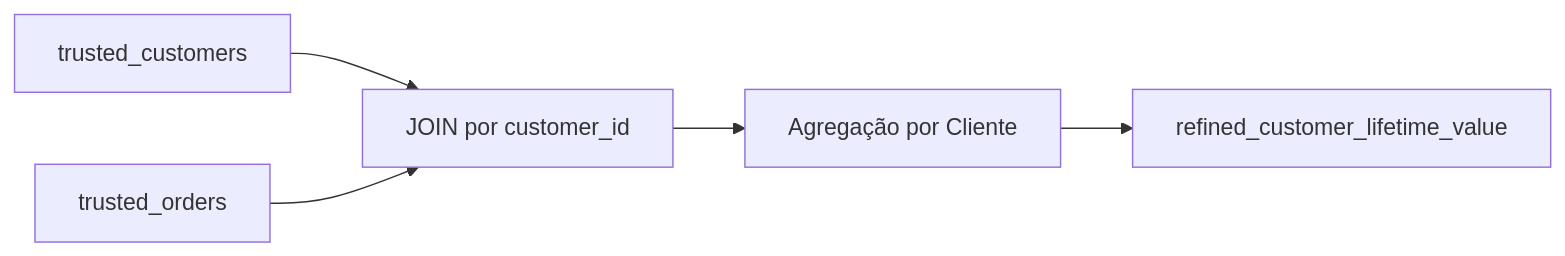
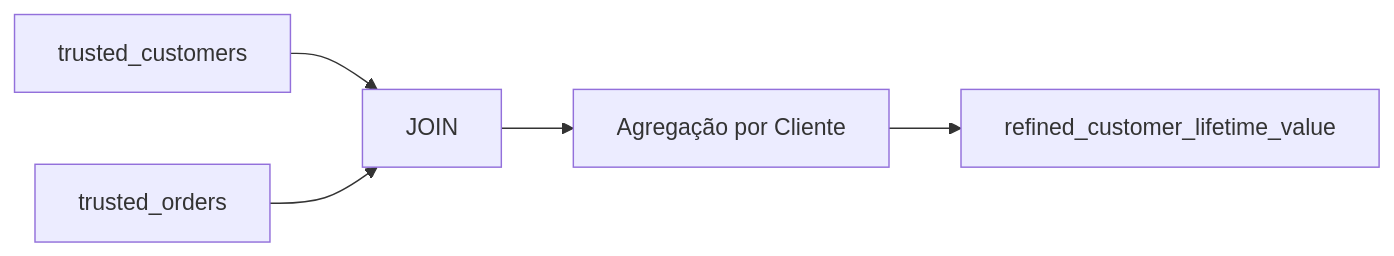
Before and after one commit to solracmagic/datalake: the diagram in documentation/refined_customer_lifetime_value.md, drawn with Mermaid. The commit also changed other lines of this file, not shown here.

Commit message:
docs: update documentation for refined_customer_lifetime_value

````diff
--- a/documentation/refined_customer_lifetime_value.md
+++ b/documentation/refined_customer_lifetime_value.md
@@ -109,7 +113,7 @@
 ```mermaid
 graph LR
-    A[trusted_customers] --> C[JOIN por customer_id]
+    A[trusted_customers] --> C[JOIN]
     B[trusted_orders] --> C
     C --> D[Agregação por Cliente]
     D --> E[refined_customer_lifetime_value]
 ```
````
